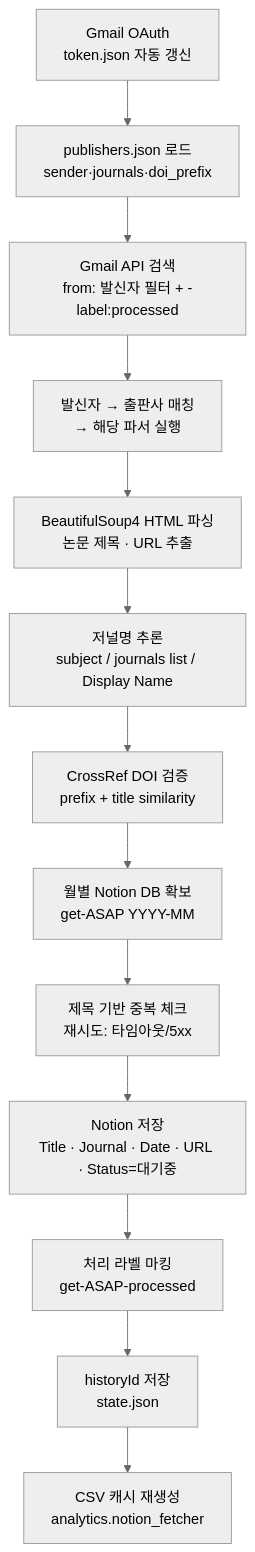
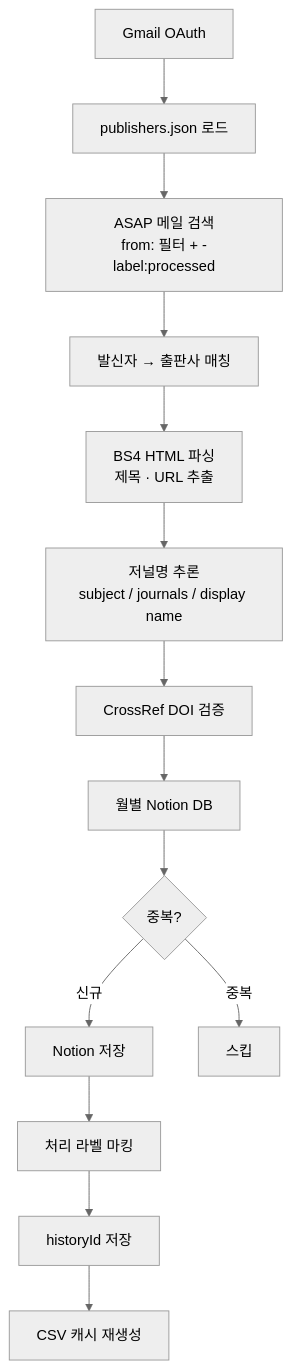
Before and after one commit to hydrochan/get-ASAP: the second of 3 diagrams in README.md, drawn with Mermaid (neutral theme). The commit also changed other lines of this file, not shown here.

````diff
--- a/README.md
+++ b/README.md
@@ -125,18 +85,16 @@
 ```mermaid
 flowchart TD
-    S1["Gmail OAuth<br/>token.json 자동 갱신"]
-    S2["publishers.json 로드<br/>sender·journals·doi_prefix"]
-    S3["Gmail API 검색<br/>from: 발신자 필터 + -label:processed"]
-    S4["발신자 → 출판사 매칭<br/>→ 해당 파서 실행"]
-    S5["BeautifulSoup4 HTML 파싱<br/>논문 제목 · URL 추출"]
-    S6["저널명 추론<br/>subject / journals list / Display Name"]
-    S7["CrossRef DOI 검증<br/>prefix + title similarity"]
-    S8["월별 Notion DB 확보<br/>get-ASAP YYYY-MM"]
-    S9["제목 기반 중복 체크<br/>재시도: 타임아웃/5xx"]
-    S10["Notion 저장<br/>Title · Journal · Date · URL · Status=대기중"]
-    S11["처리 라벨 마킹<br/>get-ASAP-processed"]
-    S12["historyId 저장<br/>state.json"]
-    S13["CSV 캐시 재생성<br/>analytics.notion_fetcher"]
-
-    S1 --> S2 --> S3 --> S4 --> S5 --> S6 --> S7 --> S8 --> S9 --> S10 --> S11 --> S12 --> S13
+    S1[Gmail OAuth] --> S2[publishers.json 로드]
+    S2 --> S3[ASAP 메일 검색<br/>from: 필터 + -label:processed]
+    S3 --> S4[발신자 → 출판사 매칭]
+    S4 --> S5[BS4 HTML 파싱<br/>제목 · URL 추출]
+    S5 --> S6[저널명 추론<br/>subject / journals / display name]
+    S6 --> S7[CrossRef DOI 검증]
+    S7 --> S8[월별 Notion DB]
+    S8 --> S9{중복?}
+    S9 -->|신규| S10[Notion 저장]
+    S9 -->|중복| SKIP[스킵]
+    S10 --> S11[처리 라벨 마킹]
+    S11 --> S12[historyId 저장]
+    S12 --> S13[CSV 캐시 재생성]
 ```
````
